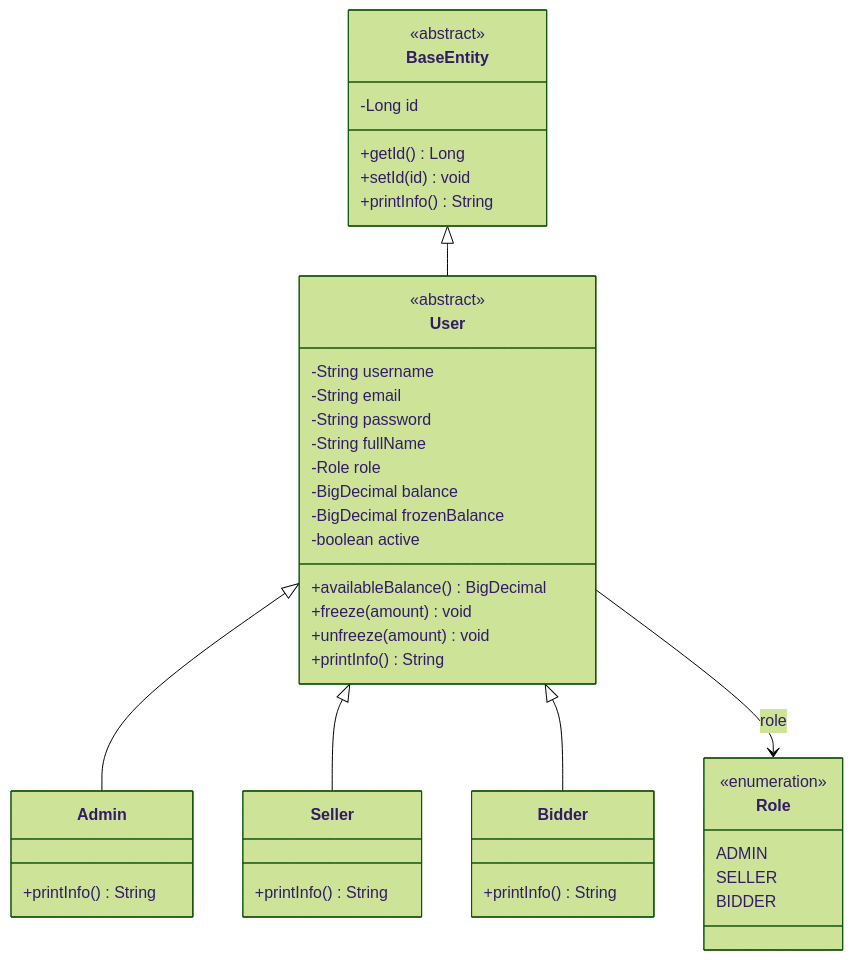
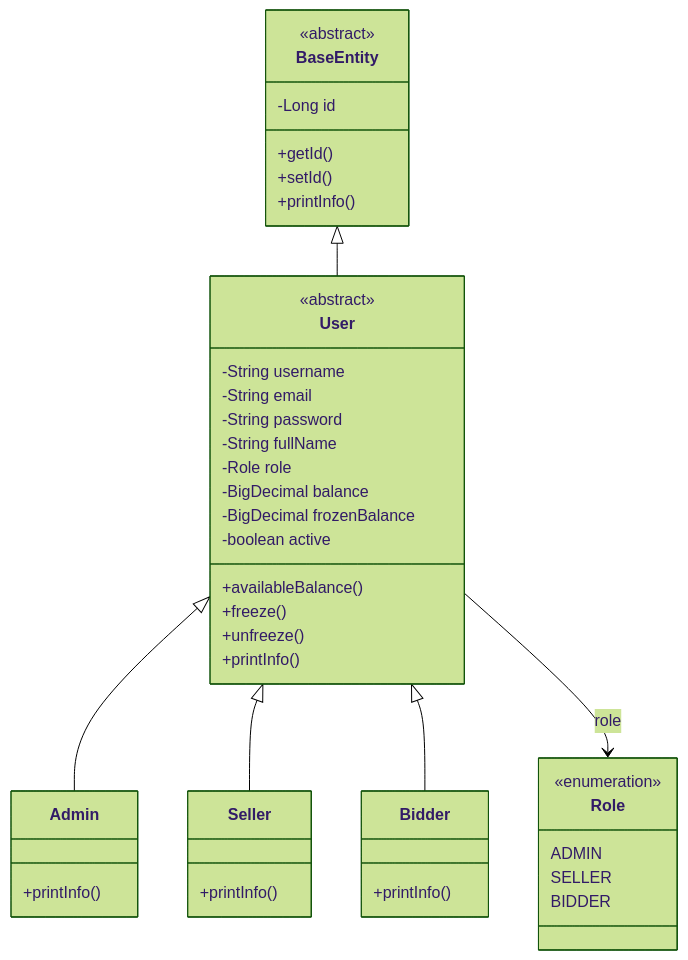
The first of 6 diagrams in docs/README/README.md (quagn-collab/GROUP-6-BTL), drawn with Mermaid (forest theme) before and after one commit. The commit also changed other lines of this file, not shown here.

````diff
--- a/docs/README/README.md
+++ b/docs/README/README.md
@@ -11,46 +11,45 @@
 ```mermaid
 classDiagram
-    direction TB
-    class BaseEntity {
-        -Long id
-        +getId() Long
-        +setId(id) void
-        +printInfo() String
-    }
-    class User {
-        -String username
-        -String email
-        -String password
-        -String fullName
-        -Role role
-        -BigDecimal balance
-        -BigDecimal frozenBalance
-        -boolean active
-        +availableBalance() BigDecimal
-        +freeze(amount) void
-        +unfreeze(amount) void
-        +printInfo() String
-    }
-    class Admin {
-        +printInfo() String
-    }
-    class Seller {
-        +printInfo() String
-    }
-    class Bidder {
-        +printInfo() String
-    }
-    class Role {
-        <<enumeration>>
-        ADMIN
-        SELLER
-        BIDDER
-    }
-    BaseEntity <|-- User
-    User <|-- Admin
-    User <|-- Seller
-    User <|-- Bidder
-    User --> Role : role
-    <<abstract>> BaseEntity
-    <<abstract>> User
+  class BaseEntity {
+    <<abstract>>
+    -Long id
+    +getId()
+    +setId()
+    +printInfo()
+  }
+  class User {
+    <<abstract>>
+    -String username
+    -String email
+    -String password
+    -String fullName
+    -Role role
+    -BigDecimal balance
+    -BigDecimal frozenBalance
+    -boolean active
+    +availableBalance()
+    +freeze()
+    +unfreeze()
+    +printInfo()
+  }
+  class Admin {
+    +printInfo()
+  }
+  class Seller {
+    +printInfo()
+  }
+  class Bidder {
+    +printInfo()
+  }
+  class Role {
+    <<enumeration>>
+    ADMIN
+    SELLER
+    BIDDER
+  }
+  BaseEntity <|-- User
+  User <|-- Admin
+  User <|-- Seller
+  User <|-- Bidder
+  User --> Role : role
 ```
````
